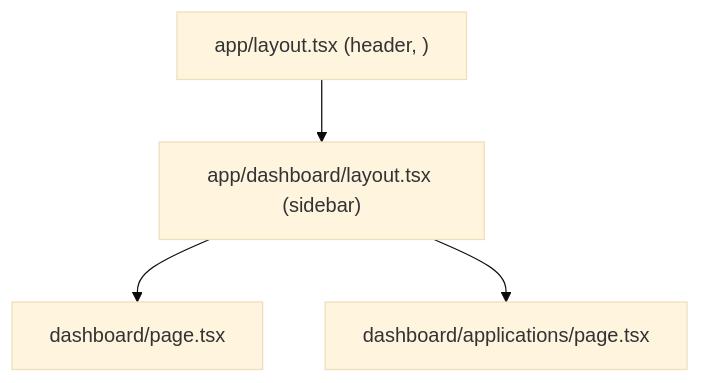
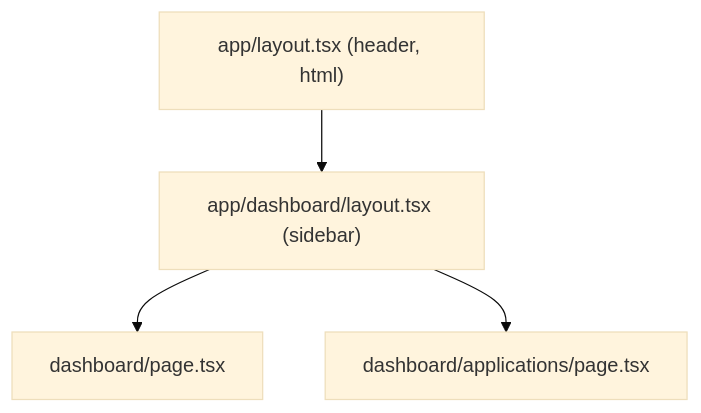
One commit to MuhammadIsmailHasan/fsse-ai-handbook changed the diagram in content/modules/m4/w4/01-file-based-routing-and-layouts.md. Above: the diagram before and after it, drawn with Mermaid (base theme). The commit also changed other lines of this file and 3 other files, not shown here.

````diff
--- a/content/modules/m4/w4/01-file-based-routing-and-layouts.md
+++ b/content/modules/m4/w4/01-file-based-routing-and-layouts.md
@@ -79,6 +91,6 @@
 ```mermaid
 flowchart TB
-    R["app/layout.tsx (header, <html>)"] --> D["app/dashboard/layout.tsx (sidebar)"]
+    R["app/layout.tsx (header, html)"] --> D["app/dashboard/layout.tsx (sidebar)"]
     D --> P1["dashboard/page.tsx"]
     D --> P2["dashboard/applications/page.tsx"]
 ```
````
